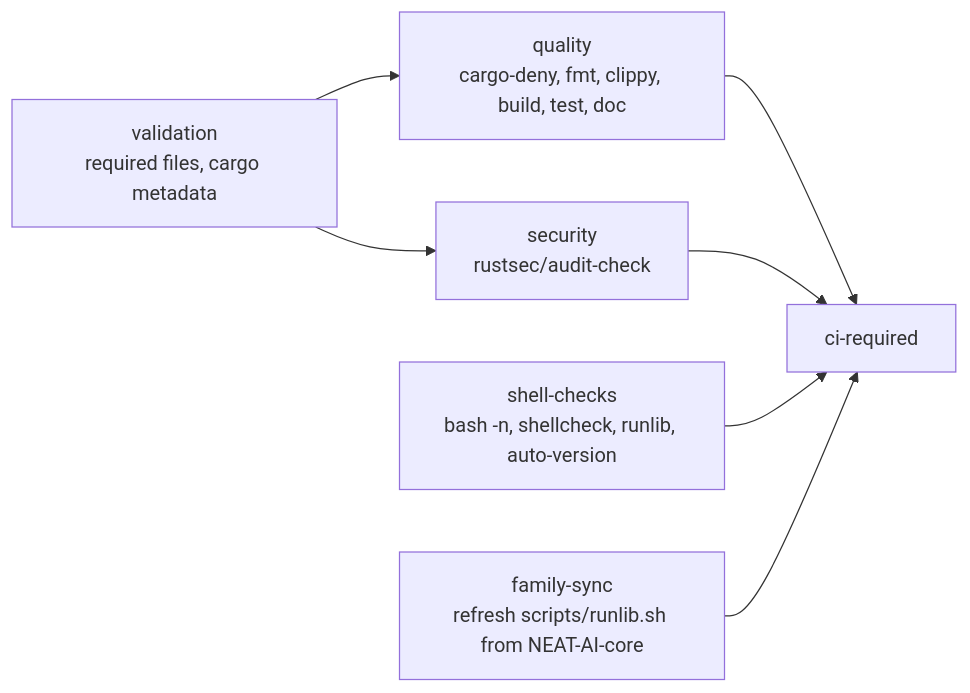
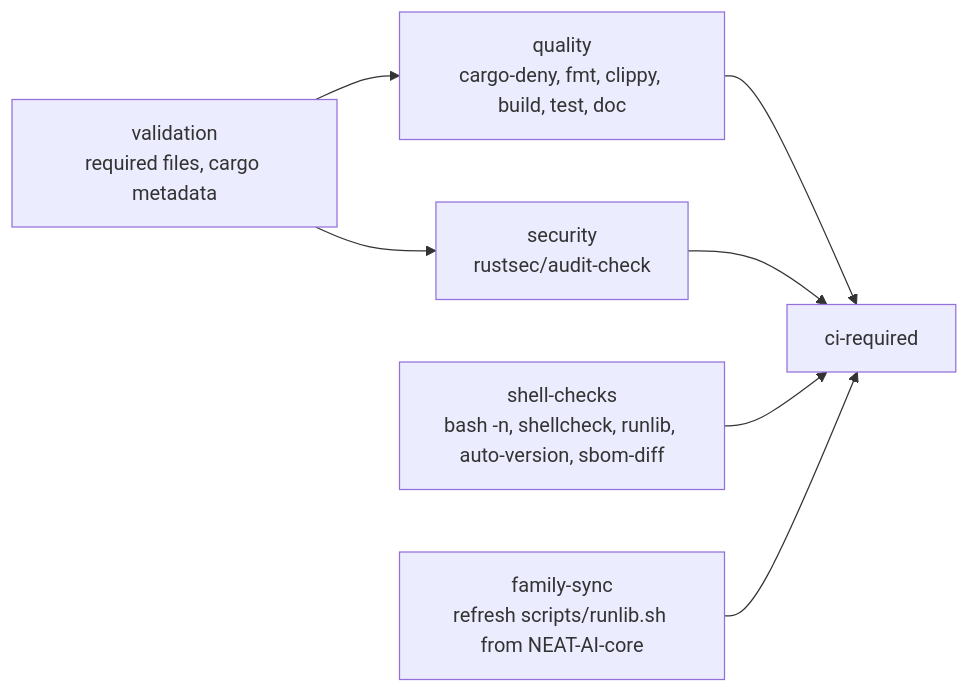
The eighth of 10 diagrams in README.md (stSoftwareAU/NEAT-AI-Refinery), drawn with Mermaid before and after one commit. The commit also changed other lines of this file and 8 other files, not shown here.

First line of the commit message:
Diff each PR's SBOM against the Develop baseline (#65) (#73)

````diff
--- a/README.md
+++ b/README.md
@@ -762,11 +762,11 @@
 ```mermaid
 flowchart LR
     V[validation<br/>required files, cargo metadata] --> Q[quality<br/>cargo-deny, fmt, clippy, build, test, doc]
     V --> S[security<br/>rustsec/audit-check]
-    SH[shell-checks<br/>bash -n, shellcheck, runlib, auto-version]
+    SH[shell-checks<br/>bash -n, shellcheck, runlib, auto-version, sbom-diff]
     FS[family-sync<br/>refresh scripts/runlib.sh from NEAT-AI-core]
     Q --> R[ci-required]
     S --> R
     SH --> R
     FS --> R
 ```
````
